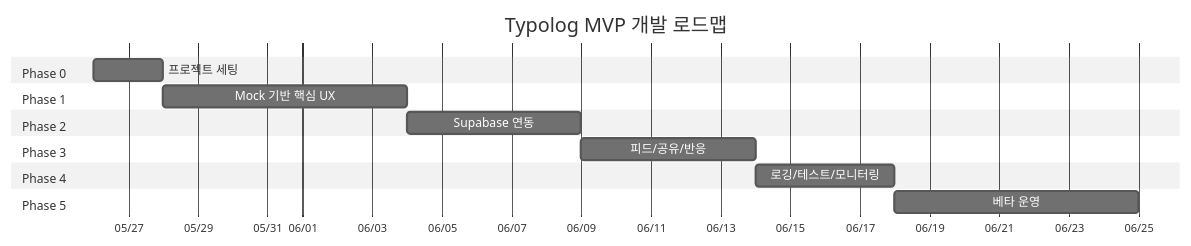
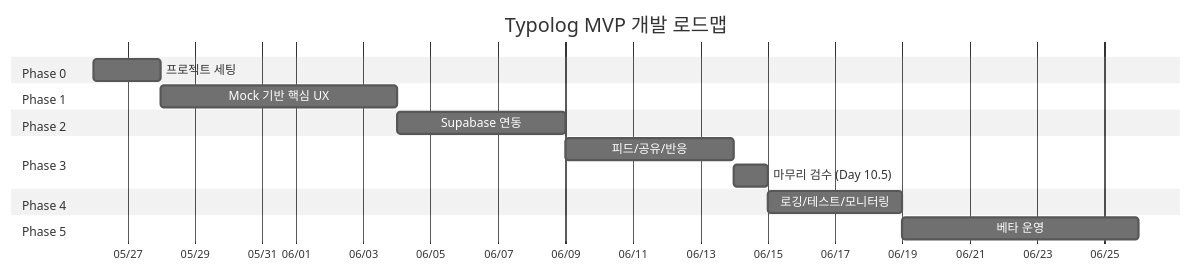
The first of 2 diagrams in docs/roadmap.md (hjnMavis/typolog), drawn with Mermaid (neutral theme) before and after one commit. The commit also changed other lines of this file and 3 other files, not shown here.

````diff
--- a/docs/roadmap.md
+++ b/docs/roadmap.md
@@ -9,24 +9,25 @@
 ```mermaid
 gantt
     title Typolog MVP 개발 로드맵
     dateFormat  YYYY-MM-DD
     axisFormat  %m/%d
 
     section Phase 0
     프로젝트 세팅           :p0, 2026-05-26, 2d
 
     section Phase 1
     Mock 기반 핵심 UX       :p1, after p0, 7d
 
     section Phase 2
     Supabase 연동           :p2, after p1, 5d
 
     section Phase 3
     피드/공유/반응           :p3, after p2, 5d
+    마무리 검수 (Day 10.5)   :p35, after p3, 1d
 
     section Phase 4
-    로깅/테스트/모니터링     :p4, after p3, 4d
+    로깅/테스트/모니터링     :p4, after p35, 4d
 
     section Phase 5
     베타 운영               :p5, after p4, 7d
 ```
````
